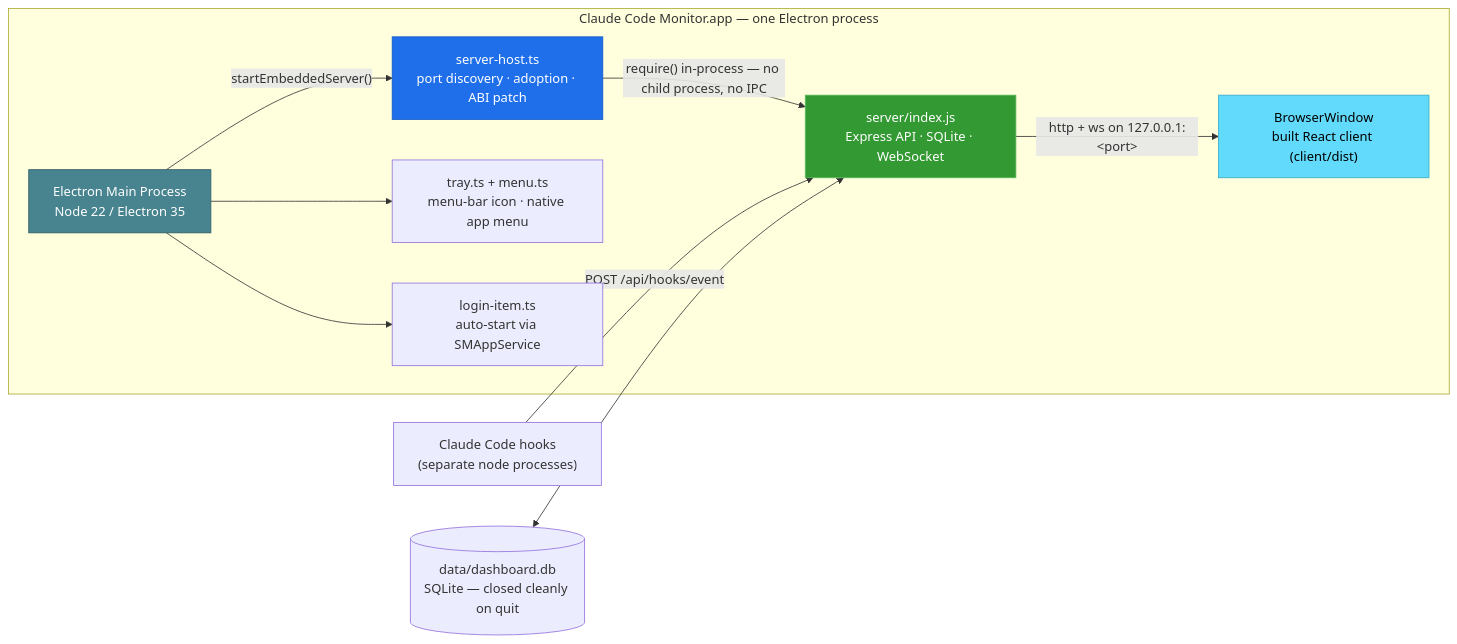
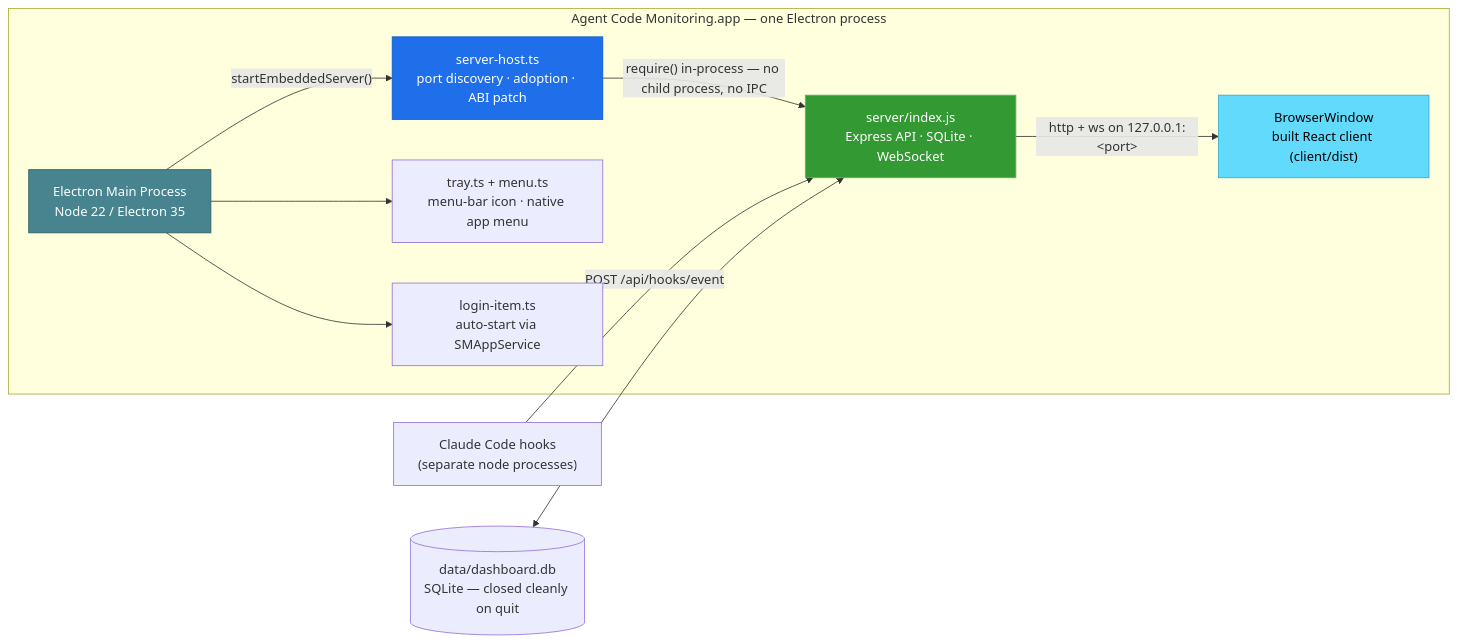
One commit to billphamhypertek/agent-code-monitoring changed diagram 15 of 23 in README.md. Above: the diagram before and after it, drawn with Mermaid. The commit also changed other lines of this file and 53 other files, not shown here.

````diff
--- a/README.md
+++ b/README.md
@@ -1399,24 +1399,24 @@
 ```mermaid
 flowchart LR
-    subgraph electron["Claude Code Monitor.app — one Electron process"]
+    subgraph electron["Agent Code Monitoring.app — one Electron process"]
         main["Electron Main Process<br/>Node 22 / Electron 35"]
         host["server-host.ts<br/>port discovery · adoption · ABI patch"]
         express["server/index.js<br/>Express API · SQLite · WebSocket"]
         win["BrowserWindow<br/>built React client (client/dist)"]
         tray["tray.ts + menu.ts<br/>menu-bar icon · native app menu"]
         login["login-item.ts<br/>auto-start via SMAppService"]
         main -->|"startEmbeddedServer()"| host
         host -->|"require() in-process — no child process, no IPC"| express
         main --> tray
         main --> login
         express -->|"http + ws on 127.0.0.1:&lt;port&gt;"| win
     end
 
     hooks["Claude Code hooks<br/>(separate node processes)"] -->|"POST /api/hooks/event"| express
     sqlite[("data/dashboard.db<br/>SQLite — closed cleanly on quit")] <--> express
 
     style main fill:#47848F,stroke:#2f5a62,color:#fff
     style express fill:#339933,stroke:#5cb85c,color:#fff
     style win fill:#61DAFB,stroke:#3aa9c9,color:#000
     style host fill:#1f6feb,stroke:#1158c7,color:#fff
 ```
````
